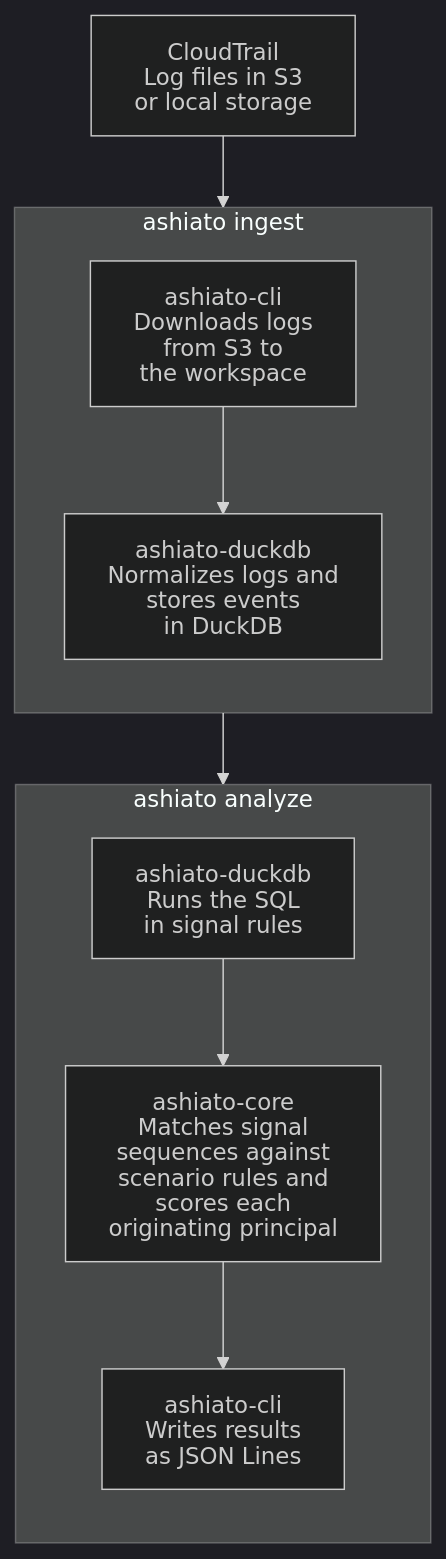
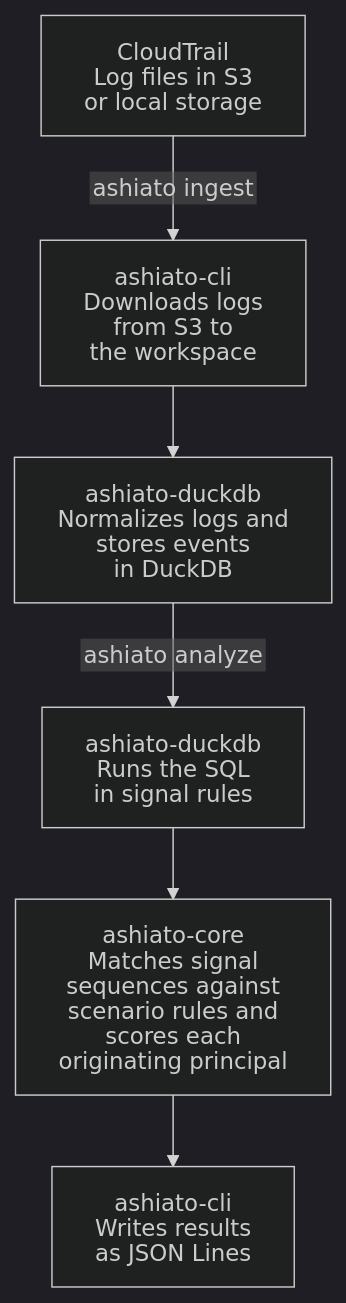
The diagram in README.md (donkomura/ashiato), drawn with Mermaid (dark theme) before and after one commit.

Commit message:
docs: README の処理の流れの図のグループをやめて一直線にし、ingest と analyze の区切りを矢印のラベルで示す

````diff
--- a/README.md
+++ b/README.md
@@ -57,22 +57,12 @@
 ```mermaid
 %%{init: {"htmlLabels": false, "flowchart": {"htmlLabels": false}}}%%
 flowchart TD
     cloudtrail["CloudTrail<br/>Log files in S3<br/>or local storage"]
+    download["ashiato-cli<br/>Downloads logs<br/>from S3 to<br/>the workspace"]
+    store["ashiato-duckdb<br/>Normalizes logs and<br/>stores events<br/>in DuckDB"]
+    signals["ashiato-duckdb<br/>Runs the SQL<br/>in signal rules"]
+    core["ashiato-core<br/>Matches signal<br/>sequences against<br/>scenario rules and<br/>scores each<br/>originating principal"]
+    output["ashiato-cli<br/>Writes results<br/>as JSON Lines"]
 
-    subgraph ingest["ashiato ingest"]
-        direction TB
-        download["ashiato-cli<br/>Downloads logs<br/>from S3 to<br/>the workspace"]
-        store["ashiato-duckdb<br/>Normalizes logs and<br/>stores events<br/>in DuckDB"]
-        download --> store
-    end
-
-    subgraph analyze["ashiato analyze"]
-        direction TB
-        signals["ashiato-duckdb<br/>Runs the SQL<br/>in signal rules"]
-        core["ashiato-core<br/>Matches signal<br/>sequences against<br/>scenario rules and<br/>scores each<br/>originating principal"]
-        output["ashiato-cli<br/>Writes results<br/>as JSON Lines"]
-        signals --> core --> output
-    end
-
-    cloudtrail --> ingest --> analyze
+    cloudtrail -->|ashiato ingest| download --> store -->|ashiato analyze| signals --> core --> output
 ```
````
